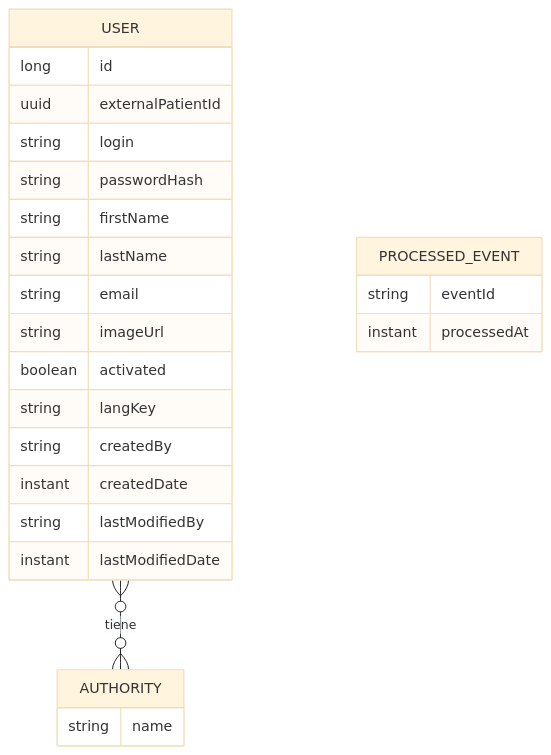
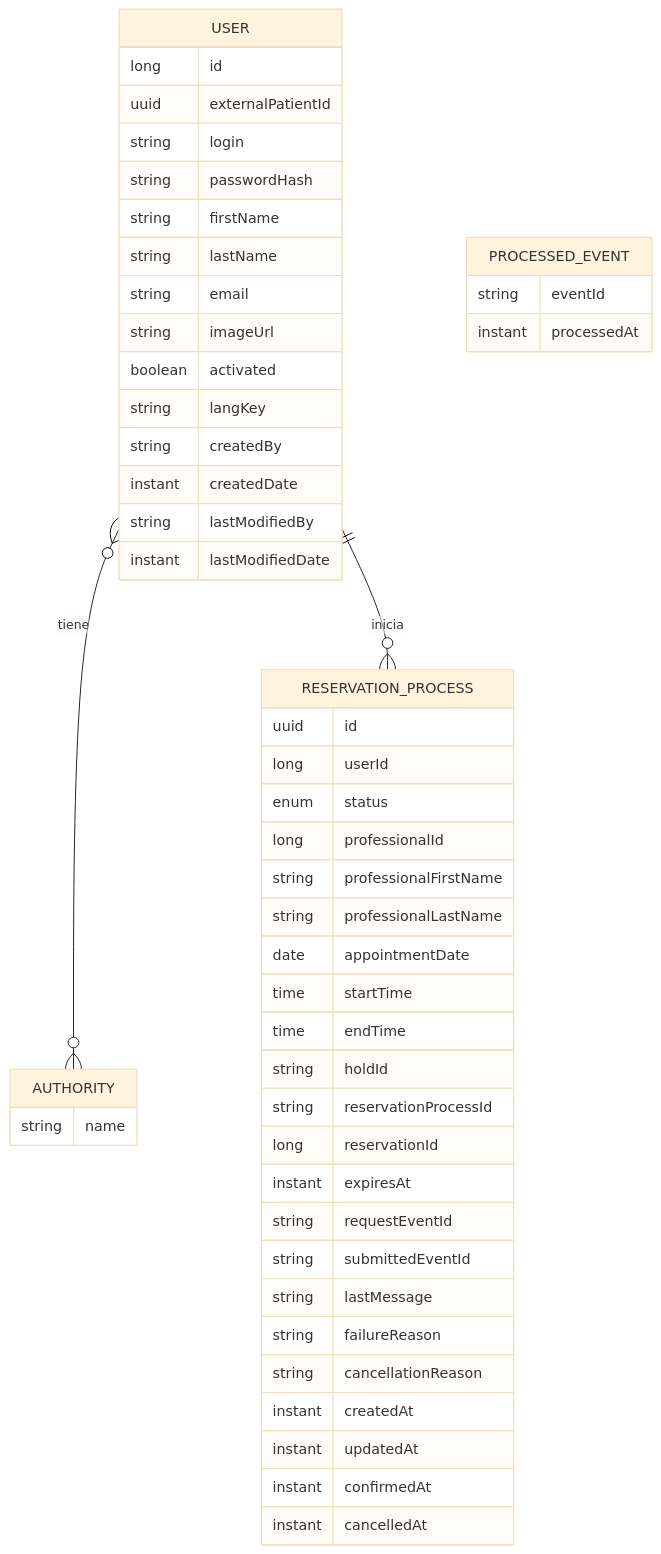
One commit to Martin-Salvatore-ProgII/docs changed the second of 2 diagrams in arq/modelo-db.md. Above: the diagram before and after it, drawn with Mermaid (base theme). The commit also changed other lines of this file and 29 other files, not shown here.

````diff
--- a/arq/modelo-db.md
+++ b/arq/modelo-db.md
@@ -71,28 +71,53 @@
 ```mermaid
 erDiagram
     USER }o--o{ AUTHORITY : tiene
+    USER ||--o{ RESERVATION_PROCESS : inicia
 
     USER {
         long id
         uuid externalPatientId
         string login
         string passwordHash
         string firstName
         string lastName
         string email
         string imageUrl
         boolean activated
         string langKey
         string createdBy
         instant createdDate
         string lastModifiedBy
         instant lastModifiedDate
     }
     AUTHORITY {
         string name
     }
+    RESERVATION_PROCESS {
+        uuid id
+        long userId
+        enum status
+        long professionalId
+        string professionalFirstName
+        string professionalLastName
+        date appointmentDate
+        time startTime
+        time endTime
+        string holdId
+        string reservationProcessId
+        long reservationId
+        instant expiresAt
+        string requestEventId
+        string submittedEventId
+        string lastMessage
+        string failureReason
+        string cancellationReason
+        instant createdAt
+        instant updatedAt
+        instant confirmedAt
+        instant cancelledAt
+    }
     PROCESSED_EVENT {
         string eventId
         instant processedAt
     }
 ```
````
